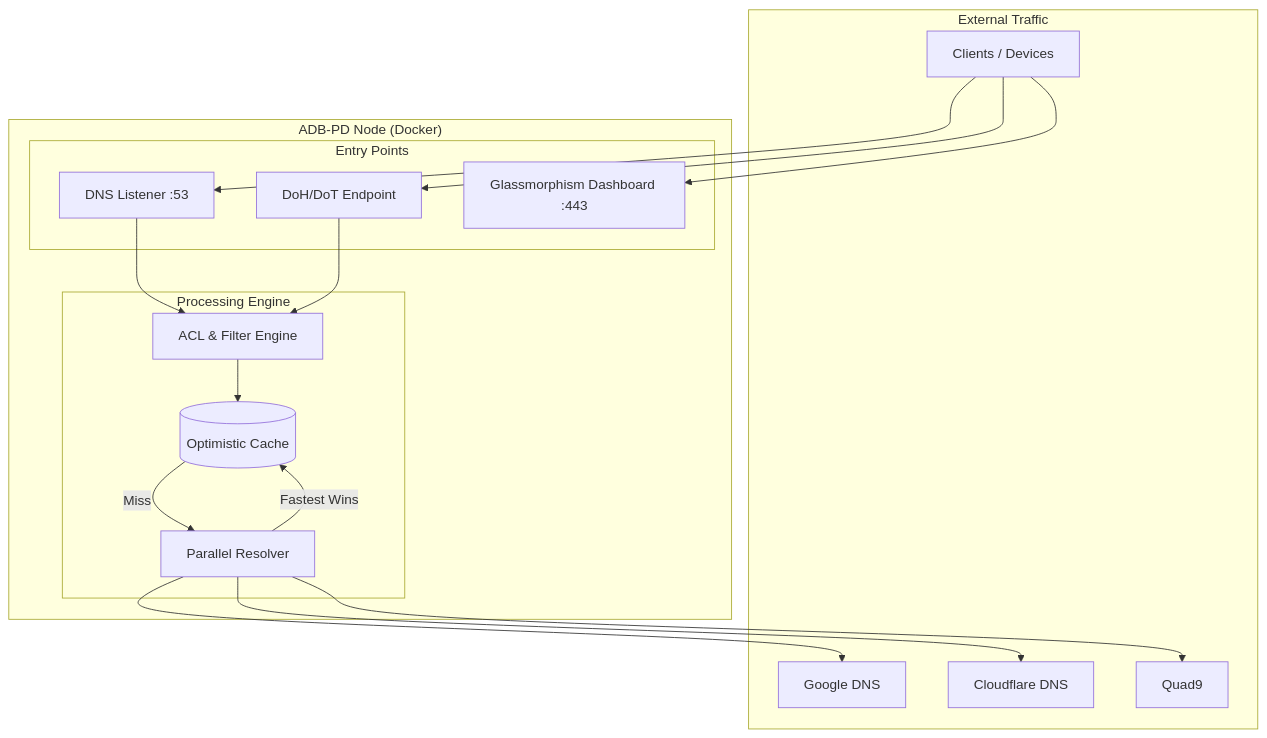
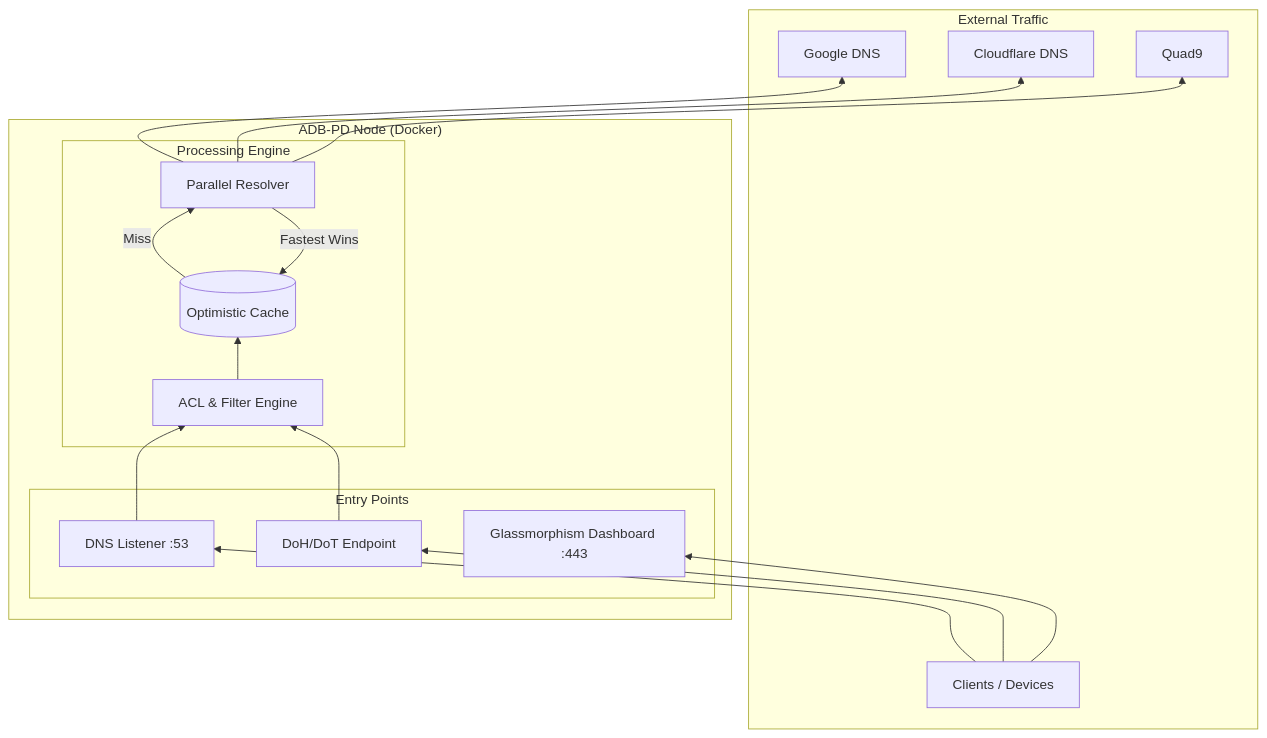
The diagram in README.md (weby-homelab/adb-pd), drawn with Mermaid before and after one commit.

````diff
--- a/README.md
+++ b/README.md
@@ -20,36 +20,36 @@
 ```mermaid
-graph TD
+graph BT
     subgraph "External Traffic"
         C[Clients / Devices]
         U1[Google DNS]
         U2[Cloudflare DNS]
         U3[Quad9]
     end
 
     subgraph "ADB-PD Node (Docker)"
         subgraph "Entry Points"
             L53[DNS Listener :53]
             DoH[DoH/DoT Endpoint]
             UI[Glassmorphism Dashboard :443]
         end
 
         subgraph "Processing Engine"
             ACL[ACL & Filter Engine]
             Cache[(Optimistic Cache)]
             PR[Parallel Resolver]
         end
     end
 
     C --> L53
     C --> DoH
     C --> UI
 
     L53 --> ACL
     DoH --> ACL
     ACL --> Cache
     Cache -->|Miss| PR
     PR --> U1
     PR --> U2
     PR --> U3
     PR -->|Fastest Wins| Cache
 ```
````
